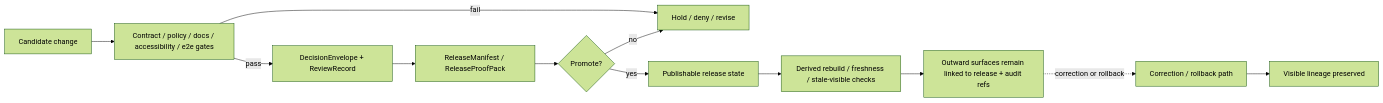
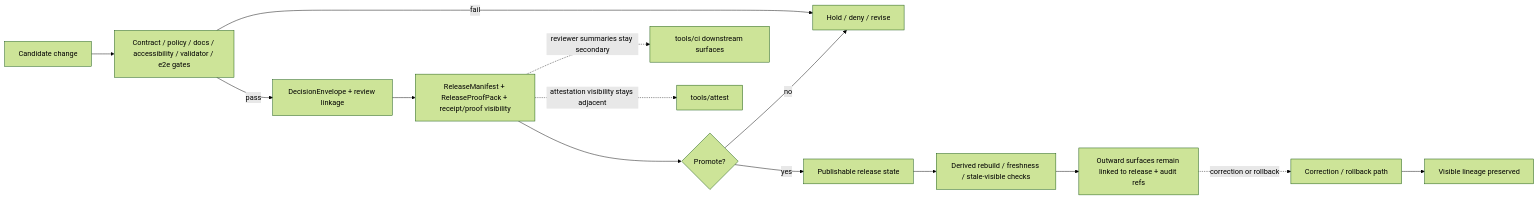
Before and after one commit to bartytime4life/Kansas-Frontier-Matrix: the diagram in tests/e2e/release_assembly/README.md, drawn with Mermaid (forest theme). The commit also changed other lines of this file, not shown here.

First line of the commit message:
Revise README for release assembly updates

````diff
--- a/tests/e2e/release_assembly/README.md
+++ b/tests/e2e/release_assembly/README.md
@@ -451,14 +541,17 @@
 ```mermaid
 flowchart LR
-    A[Candidate change] --> B[Contract / policy / docs / accessibility / e2e gates]
-    B -->|pass| C[DecisionEnvelope + ReviewRecord]
-    C --> D[ReleaseManifest / ReleaseProofPack]
+    A[Candidate change] --> B[Contract / policy / docs / accessibility / validator / e2e gates]
+    B -->|pass| C[DecisionEnvelope + review linkage]
+    C --> D[ReleaseManifest + ReleaseProofPack + receipt/proof visibility]
     B -->|fail| X[Hold / deny / revise]
     D --> E{Promote?}
     E -->|no| X
     E -->|yes| F[Publishable release state]
     F --> G[Derived rebuild / freshness / stale-visible checks]
     G --> H[Outward surfaces remain linked to release + audit refs]
     H -. correction or rollback .-> I[Correction / rollback path]
     I --> J[Visible lineage preserved]
+
+    D -. reviewer summaries stay secondary .-> K[tools/ci downstream surfaces]
+    D -. attestation visibility stays adjacent .-> L[tools/attest]
 ```
````
